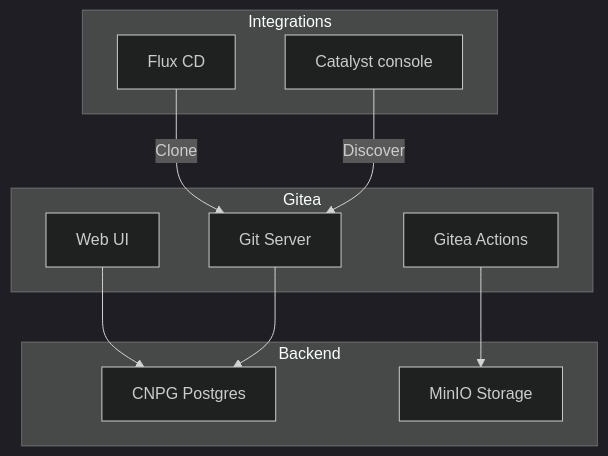
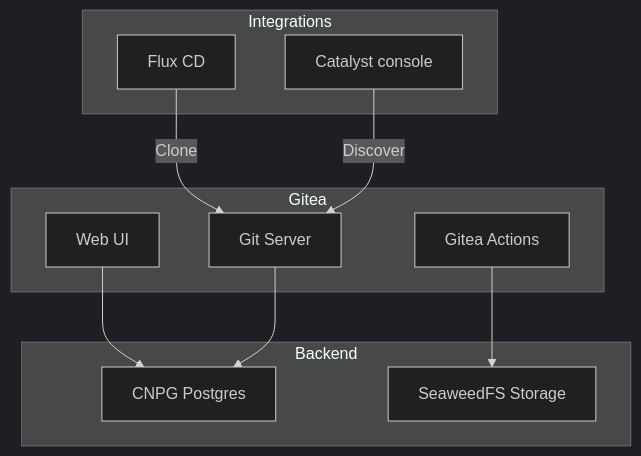
The first of 2 diagrams in platform/gitea/README.md (openova-io/openova), drawn with Mermaid (dark theme) before and after one commit. The commit also changed other lines of this file and 31 other files, not shown here.

First line of the commit message:
docs(seaweedfs+guacamole): replace MinIO with SeaweedFS as unified S3 encapsulation; add Guacamole to bp-relay

````diff
--- a/platform/gitea/README.md
+++ b/platform/gitea/README.md
@@ -23,24 +23,24 @@
 ```mermaid
 flowchart TB
     subgraph Gitea["Gitea"]
         Web[Web UI]
         Git[Git Server]
         Actions[Gitea Actions]
     end
 
     subgraph Backend["Backend"]
         CNPG[CNPG Postgres]
-        MinIO[MinIO Storage]
+        SeaweedFS[SeaweedFS Storage]
     end
 
     subgraph Integrations
         Flux[Flux CD]
         Console[Catalyst console]
     end
 
     Web --> CNPG
     Git --> CNPG
-    Actions --> MinIO
+    Actions --> SeaweedFS
     Flux -->|"Clone"| Git
     Console -->|"Discover"| Git
 ```
````
